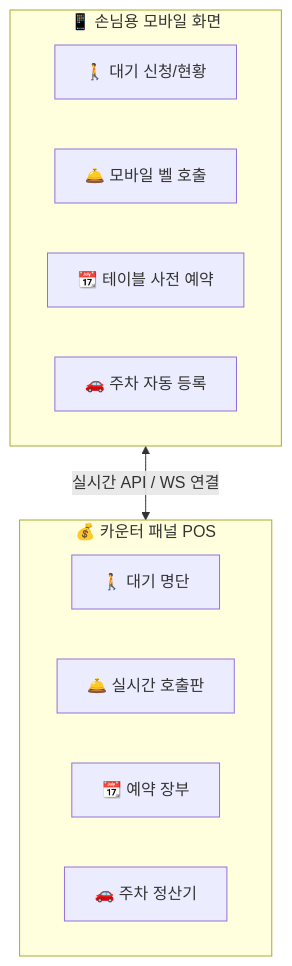
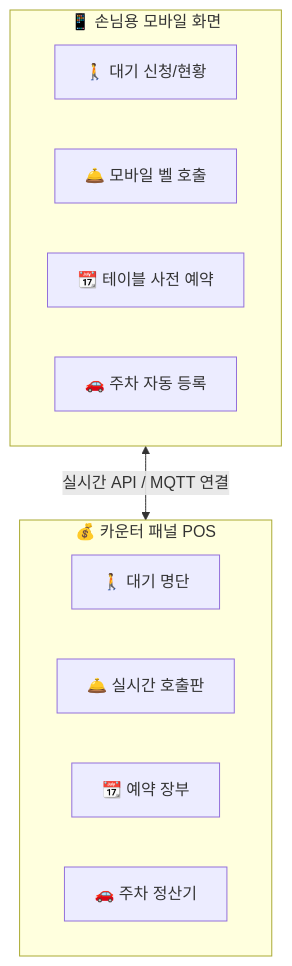
One commit to chicvill/situation changed the fourth of 7 diagrams in doc/system_blueprint_and_flowchart.md. Above: the diagram before and after it, drawn with Mermaid. The commit also changed other lines of this file and 14 other files, not shown here.

````diff
--- a/doc/system_blueprint_and_flowchart.md
+++ b/doc/system_blueprint_and_flowchart.md
@@ -268,18 +304,18 @@
 ```mermaid
 graph TD
     subgraph CounterPanel [💰 카운터 패널 POS]
         WaitList[🚶 대기 명단]
         CallBell[🛎️ 실시간 호출판]
         BookList[📆 예약 장부]
         ParkPanel[🚗 주차 정산기]
     end
 
     subgraph GuestApp [📱 손님용 모바일 화면]
         WaitReg[🚶 대기 신청/현황]
         StaffCall[🛎️ 모바일 벨 호출]
         BookReg[📆 테이블 사전 예약]
         ParkReg[🚗 주차 자동 등록]
     end
 
-    GuestApp <-->|실시간 API / WS 연결| CounterPanel
+    GuestApp <-->|실시간 API / MQTT 연결| CounterPanel
 ```
````
